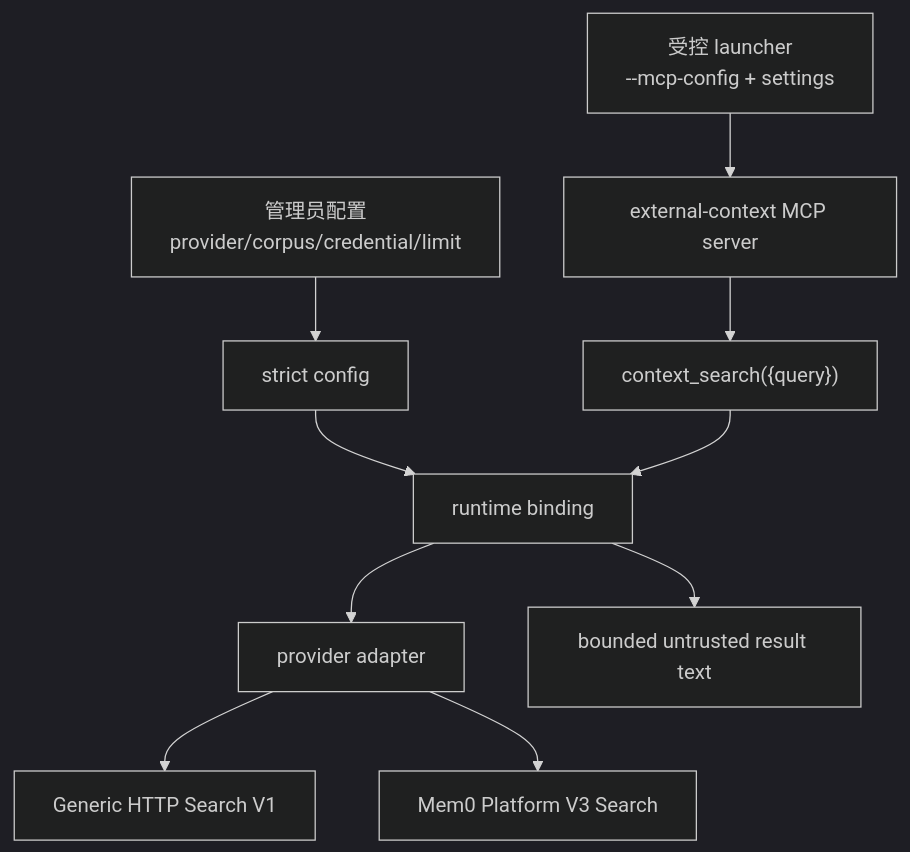
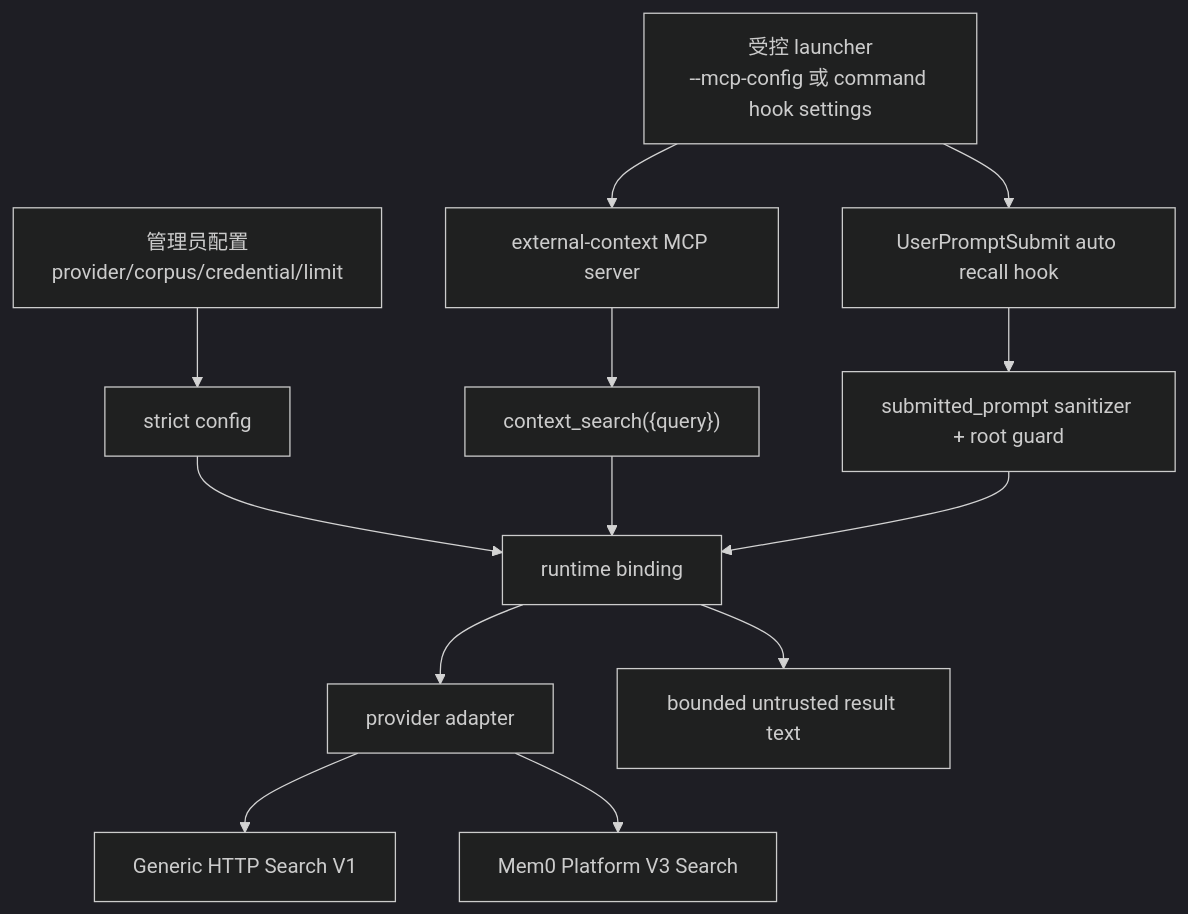
The diagram in qwen-code/feature/external-context-provider.md (doudouOUC/code_agent), drawn with Mermaid (dark theme) before and after one commit. The commit also changed other lines of this file and 23 other files, not shown here.

````diff
--- a/qwen-code/feature/external-context-provider.md
+++ b/qwen-code/feature/external-context-provider.md
@@ -18,12 +18,15 @@
 ```mermaid
 flowchart TB
   Admin["管理员配置<br/>provider/corpus/credential/limit"] --> Config["strict config"]
-  Launcher["受控 launcher<br/>--mcp-config + settings"] --> MCP["external-context MCP server"]
+  Launcher["受控 launcher<br/>--mcp-config 或 command hook settings"] --> MCP["external-context MCP server"]
+  Launcher --> Hook["UserPromptSubmit auto recall hook"]
   Config --> Runtime["runtime binding"]
   MCP --> Tool["context_search({query})"]
   Tool --> Runtime
+  Hook --> SP["submitted_prompt sanitizer + root guard"]
+  SP --> Runtime
   Runtime --> Provider["provider adapter"]
   Provider --> G["Generic HTTP Search V1"]
   Provider --> M["Mem0 Platform V3 Search"]
   Runtime --> Render["bounded untrusted result text"]
 ```
````
